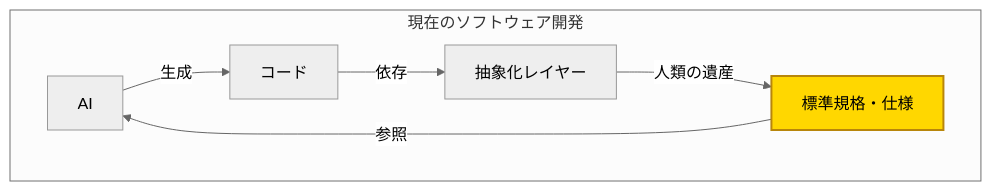
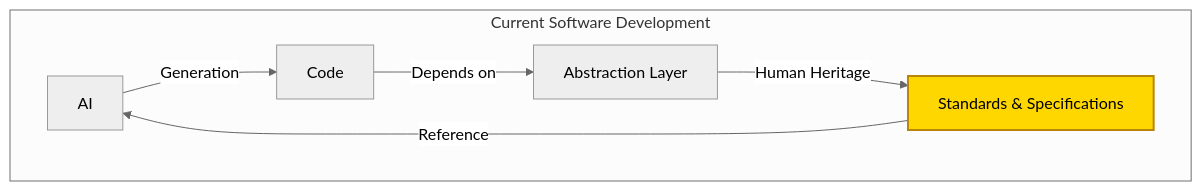
Before and after one commit to shuji-bonji/ai-agent-architecture: the first of 3 diagrams in docs/concepts/01-vision.md, drawn with Mermaid (neutral theme). The commit also changed other lines of this file and 42 other files, not shown here.

````diff
--- a/docs/concepts/01-vision.md
+++ b/docs/concepts/01-vision.md
@@ -41,13 +43,13 @@
 ```mermaid
 graph TB
-    subgraph 現在のソフトウェア開発
-        AI[AI] --> |"生成"| Code[コード]
-        Code --> |"依存"| Layer[抽象化レイヤー]
-        Layer --> |"人類の遺産"| Standards[標準規格・仕様]
+    subgraph Current Software Development
+        AI[AI] --> |"Generation"| Code[Code]
+        Code --> |"Depends on"| Layer[Abstraction Layer]
+        Layer --> |"Human Heritage"| Standards[Standards & Specifications]
     end
 
-    Standards --> |"参照"| AI
+    Standards --> |"Reference"| AI
 
     style Standards fill:#ffd700,color:#000,stroke:#b8860b,stroke-width:2px
 
 ```
````
